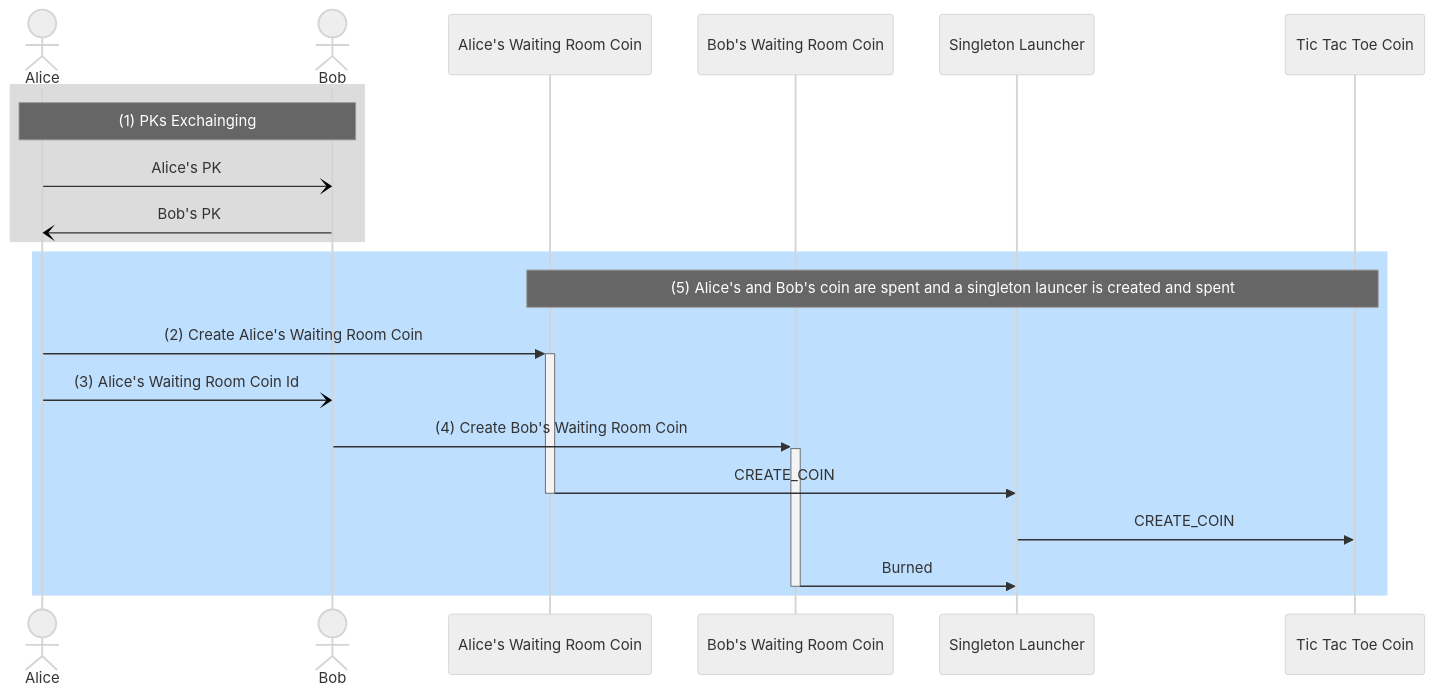
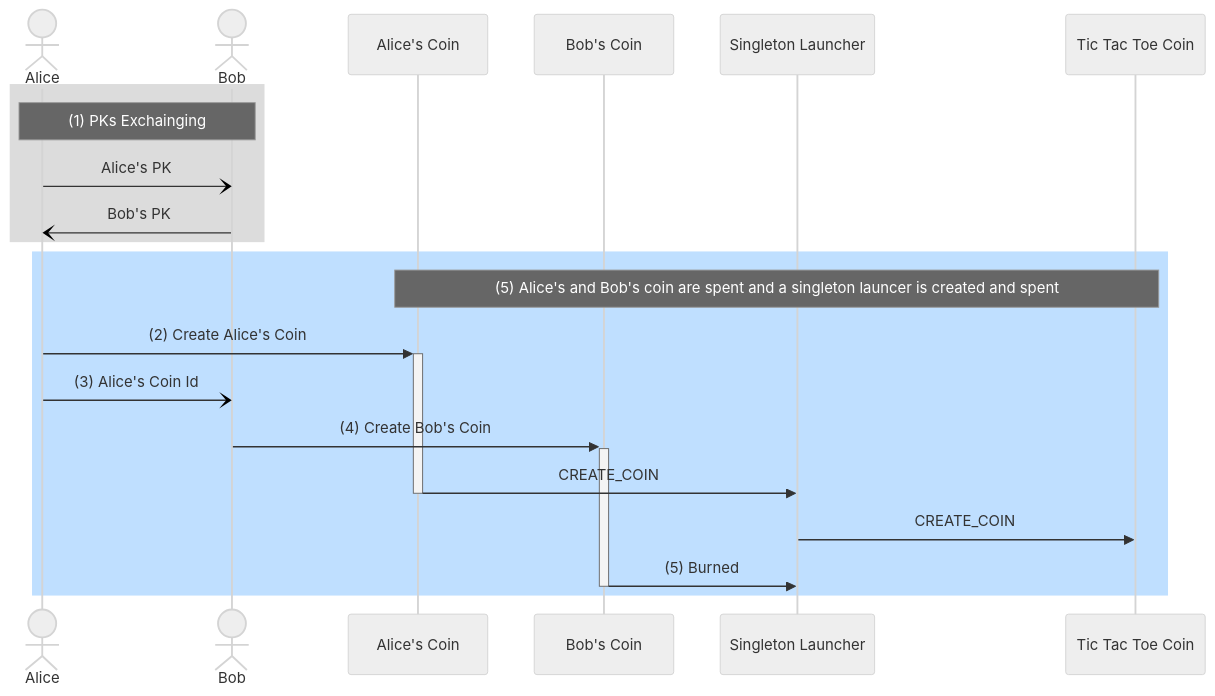
Before and after one commit to kimsk/chia-tic-tac-toe: the first of 3 diagrams in README.md, drawn with Mermaid (neutral theme). The commit also changed other lines of this file and 1 other file, not shown here.

Commit message:
update README.md -- mermaid flowchart diagram

````diff
--- a/README.md
+++ b/README.md
@@ -59,25 +59,25 @@
 ```mermaid
 sequenceDiagram;
     actor A as Alice;
     actor B as Bob;
-    participant a as Alice's Waiting Room Coin;
-    participant b as Bob's Waiting Room Coin;
+    participant a as Alice's Coin;
+    participant b as Bob's Coin;
     participant s as Singleton Launcher
     participant t as Tic Tac Toe Coin;
 
     rect rgb(220, 220, 220);
     note over A,B: (1) PKs Exchainging;
     A-)B: Alice's PK;
     B-)A: Bob's PK;
     end;
 
     rect rgb(191, 223, 255);
     note over a,t: (5) Alice's and Bob's coin are spent and a singleton launcer is created and spent;
-    A->>+a: (2) Create Alice's Waiting Room Coin; 
-    A-)B: (3) Alice's Waiting Room Coin Id; 
-    B->>+b: (4) Create Bob's Waiting Room Coin;
+    A->>+a: (2) Create Alice's Coin; 
+    A-)B: (3) Alice's Coin Id; 
+    B->>+b: (4) Create Bob's Coin;
     a->>-s: CREATE_COIN
     s->>t: CREATE_COIN
-    b->>-s: Burned 
+    b->>-s: (5) Burned 
     end;
 ```
````
